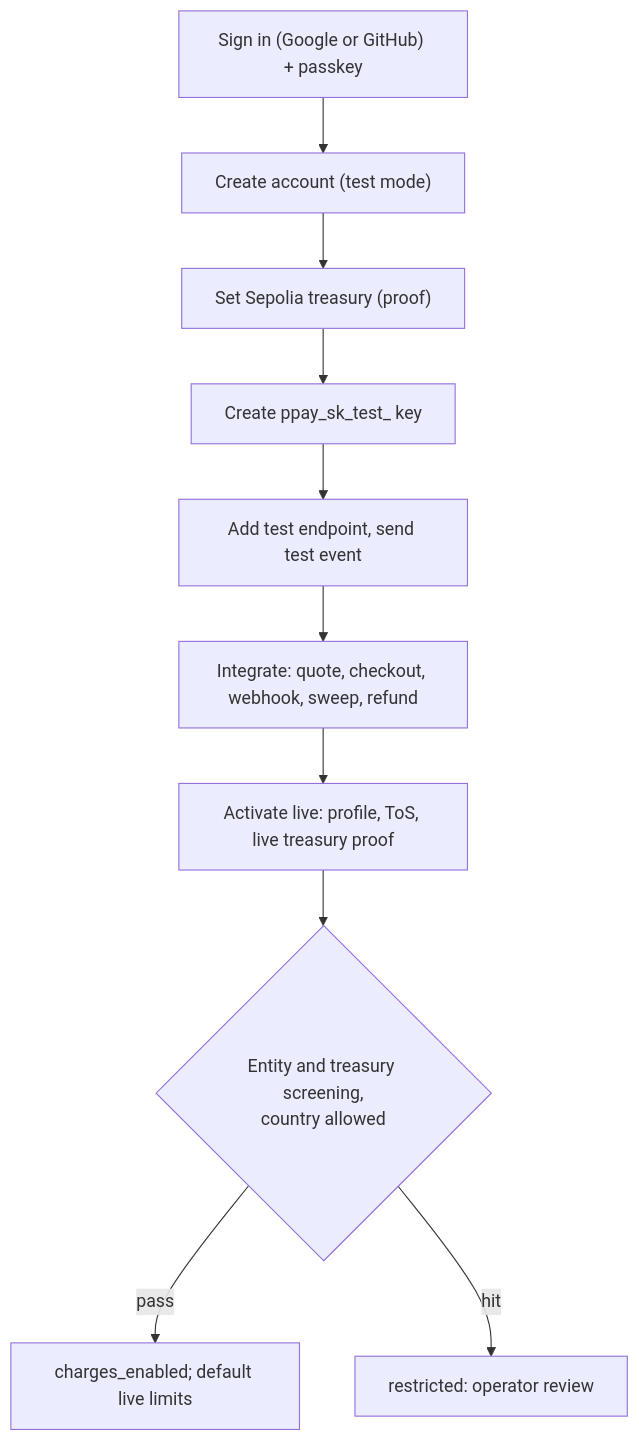
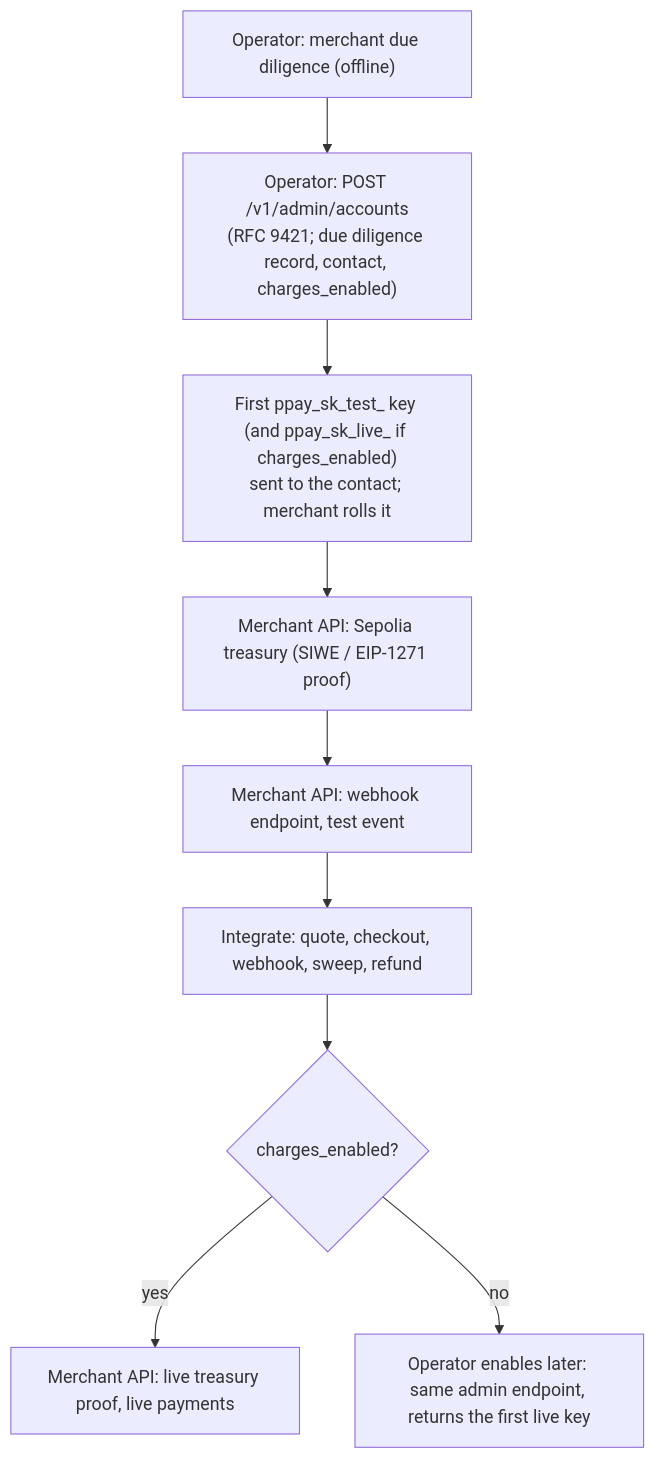
One commit to Phala-Network/crypto-topup-service changed the third of 3 diagrams in docs/design/multi-tenant.md. Above: the diagram before and after it, drawn with Mermaid. The commit also changed other lines of this file and 4 other files, not shown here.

First line of the commit message:
docs(design): operator-onboarded, API-only multi-tenant Phala Pay (#189)

````diff
--- a/docs/design/multi-tenant.md
+++ b/docs/design/multi-tenant.md
@@ -430,12 +360,11 @@
 ```mermaid
 flowchart TD
-    signin["Sign in (Google or GitHub) + passkey"] --> create["Create account (test mode)"]
-    create --> tt["Set Sepolia treasury (proof)"]
-    tt --> kt["Create ppay_sk_test_ key"]
-    kt --> ht["Add test endpoint, send test event"]
+    dd["Operator: merchant due diligence (offline)"] --> create["Operator: POST /v1/admin/accounts<br/>(RFC 9421; due diligence record, contact, charges_enabled)"]
+    create --> hand["First ppay_sk_test_ key (and ppay_sk_live_ if charges_enabled)<br/>sent to the contact; merchant rolls it"]
+    hand --> tt["Merchant API: Sepolia treasury (SIWE / EIP-1271 proof)"]
+    tt --> ht["Merchant API: webhook endpoint, test event"]
     ht --> build["Integrate: quote, checkout, webhook, sweep, refund"]
-    build --> act["Activate live: profile, ToS, live treasury proof"]
-    act --> chk{"Entity and treasury screening,<br/>country allowed"}
-    chk -->|pass| live["charges_enabled; default live limits"]
-    chk -->|hit| rev["restricted: operator review"]
+    build --> live{"charges_enabled?"}
+    live -->|yes| lt["Merchant API: live treasury proof, live payments"]
+    live -->|no| op["Operator enables later: same admin endpoint, returns the first live key"]
 ```
````
